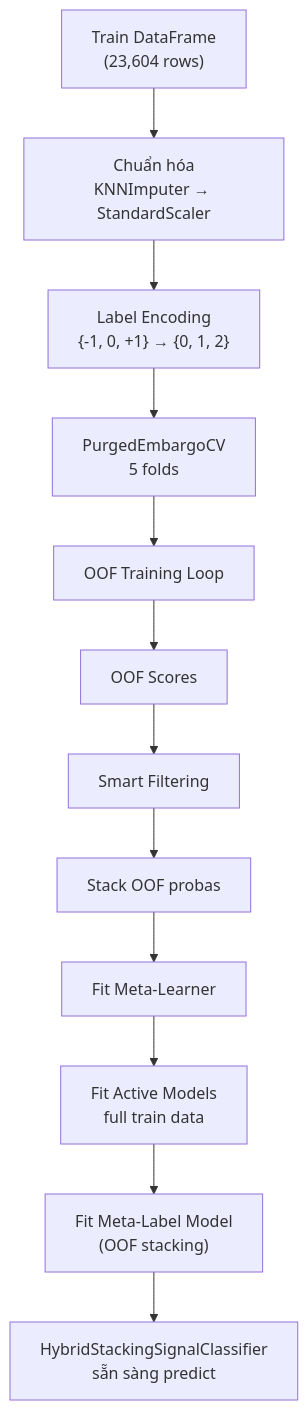
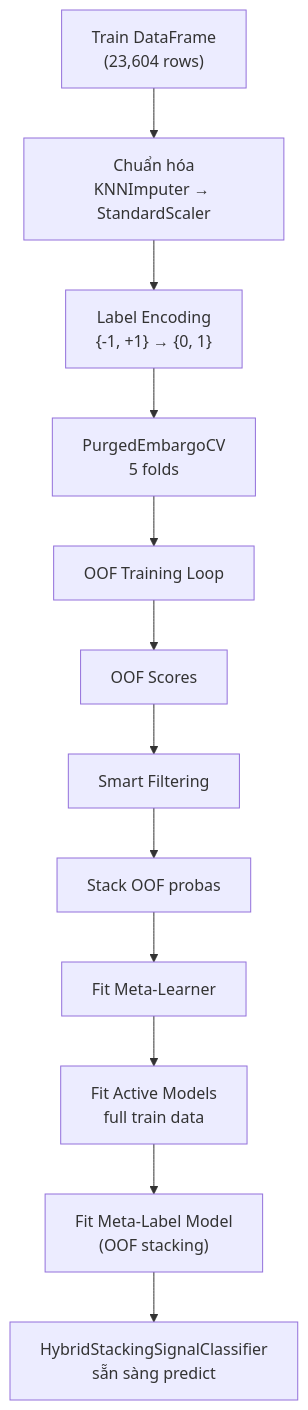
The sixth of 6 diagrams in docs/model-training.md (ultimateBroK/thesis-compact), drawn with Mermaid before and after one commit. The commit also changed other lines of this file and 32 other files, not shown here.

````diff
--- a/docs/model-training.md
+++ b/docs/model-training.md
@@ -204,14 +204,14 @@
 ```mermaid
 flowchart TD
     A["Train DataFrame<br/>(23,604 rows)"] --> B["Chuẩn hóa<br/>KNNImputer → StandardScaler"]
-    B --> C["Label Encoding<br/>{-1, 0, +1} → {0, 1, 2}"]
+    B --> C["Label Encoding<br/>{-1, +1} → {0, 1}"]
     C --> D["PurgedEmbargoCV<br/>5 folds"]
     D --> E["OOF Training Loop"]
     E --> F["OOF Scores"]
     F --> G["Smart Filtering"]
     G --> H["Stack OOF probas"]
     H --> I["Fit Meta-Learner"]
     I --> J["Fit Active Models<br/>full train data"]
     J --> K["Fit Meta-Label Model<br/>(OOF stacking)"]
     K --> L["HybridStackingSignalClassifier<br/>sẵn sàng predict"]
 ```
````
